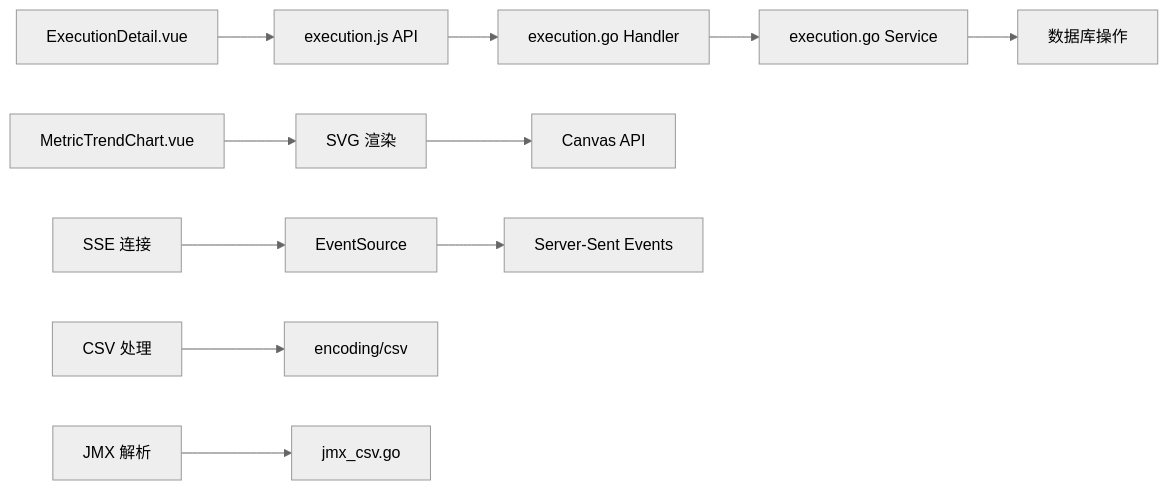
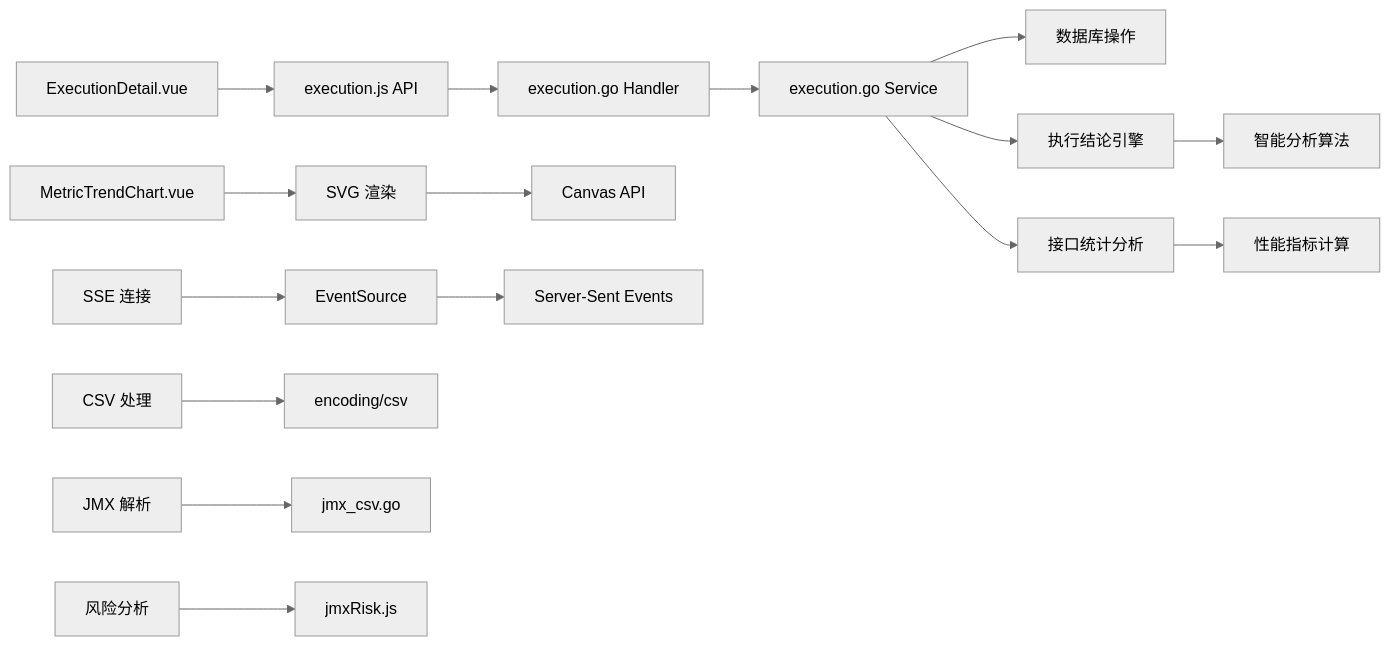
Diagram 22 of 23 in .qoder/repowiki/zh/content/Execution Detail View.md (Liyuhao02/Jmeter-Admin), drawn with Mermaid (neutral theme) before and after one commit. The commit also changed other lines of this file and 13 other files, not shown here.

````diff
--- a/.qoder/repowiki/zh/content/Execution Detail View.md
+++ b/.qoder/repowiki/zh/content/Execution Detail View.md
@@ -545,13 +820,18 @@
 ```mermaid
 flowchart LR
 A[ExecutionDetail.vue] --> B[execution.js API]
 B --> C[execution.go Handler]
 C --> D[execution.go Service]
 D --> E[数据库操作]
-F[MetricTrendChart.vue] --> G[SVG 渲染]
-G --> H[Canvas API]
-I[SSE 连接] --> J[EventSource]
-J --> K[Server-Sent Events]
-L[CSV 处理] --> M[encoding/csv]
-N[JMX 解析] --> O[jmx_csv.go]
+D --> F[执行结论引擎]
+D --> G[接口统计分析]
+F --> H[智能分析算法]
+G --> I[性能指标计算]
+J[MetricTrendChart.vue] --> K[SVG 渲染]
+K --> L[Canvas API]
+M[SSE 连接] --> N[EventSource]
+N --> O[Server-Sent Events]
+P[CSV 处理] --> Q[encoding/csv]
+R[JMX 解析] --> S[jmx_csv.go]
+T[风险分析] --> U[jmxRisk.js]
 ```
````
